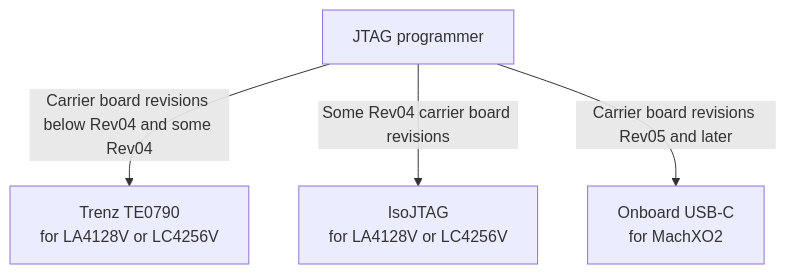
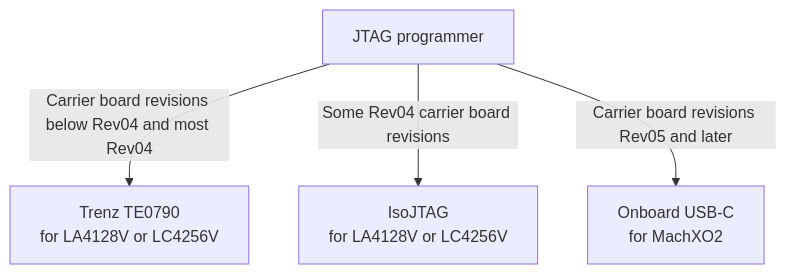
One commit to ultrazohm/ultrazohm_sw changed the diagram in docs/source/guide/CPLD/cpld_programming.rst. Above: the diagram before and after it, drawn with Mermaid. The commit also changed other lines of this file and 6 other files, not shown here.

```diff
--- a/docs/source/guide/CPLD/cpld_programming.rst
+++ b/docs/source/guide/CPLD/cpld_programming.rst
@@ -24,8 +32,8 @@
 .. mermaid::
     :align: center
-    :caption: JTAG programmer workflow guide
+    :caption: JTAG programmer guide
 
     flowchart TD;
-    A[JTAG programmer] -->|Carrier board revisions below Rev04 and some Rev04|B[Trenz TE0790 <br> for LA4128V or LC4256V] ;
+    A[JTAG programmer] -->|Carrier board revisions below Rev04 and most Rev04|B[Trenz TE0790 <br> for LA4128V or LC4256V] ;
     A -->|Some Rev04 carrier board revisions|C[IsoJTAG <br> for LA4128V or LC4256V];
     A -->|Carrier board revisions Rev05 and later|D[Onboard USB-C <br> for MachXO2];
```
